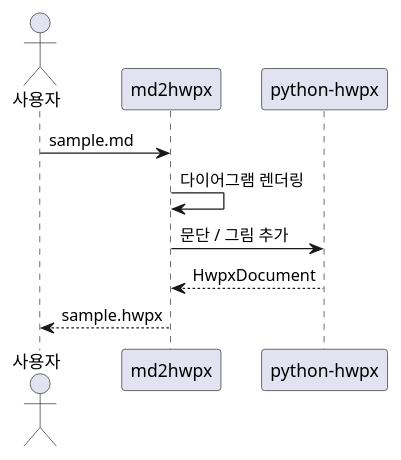
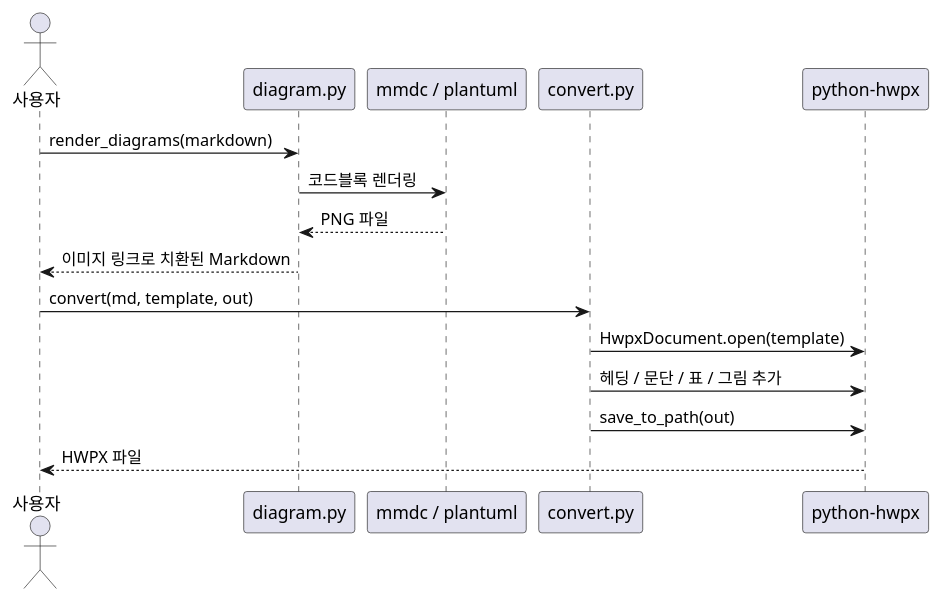
One commit to ilwoong/md2hwpx changed the first of 2 diagrams in samples/sample.md. Above: the diagram before and after it, drawn with PlantUML. The commit also changed other lines of this file, not shown here.

First line of the commit message:
Rewrite sample.md as a project overview

````diff
--- a/samples/sample.md
+++ b/samples/sample.md
@@ -32,13 +27,19 @@
 ```plantuml
 @startuml
 actor 사용자
-participant "md2hwpx" as App
-participant "python-hwpx" as Lib
+participant "diagram.py" as Diagram
+participant "mmdc / plantuml" as Tool
+participant "convert.py" as Convert
+participant "python-hwpx" as Hwpx
 
-사용자 -> App: sample.md
-App -> App: 다이어그램 렌더링
-App -> Lib: 문단 / 그림 추가
-Lib --> App: HwpxDocument
-App --> 사용자: sample.hwpx
+사용자 -> Diagram: render_diagrams(markdown)
+Diagram -> Tool: 코드블록 렌더링
+Tool --> Diagram: PNG 파일
+Diagram --> 사용자: 이미지 링크로 치환된 Markdown
+사용자 -> Convert: convert(md, template, out)
+Convert -> Hwpx: HwpxDocument.open(template)
+Convert -> Hwpx: 헤딩 / 문단 / 표 / 그림 추가
+Convert -> Hwpx: save_to_path(out)
+Hwpx --> 사용자: HWPX 파일
 @enduml
 ```
````
